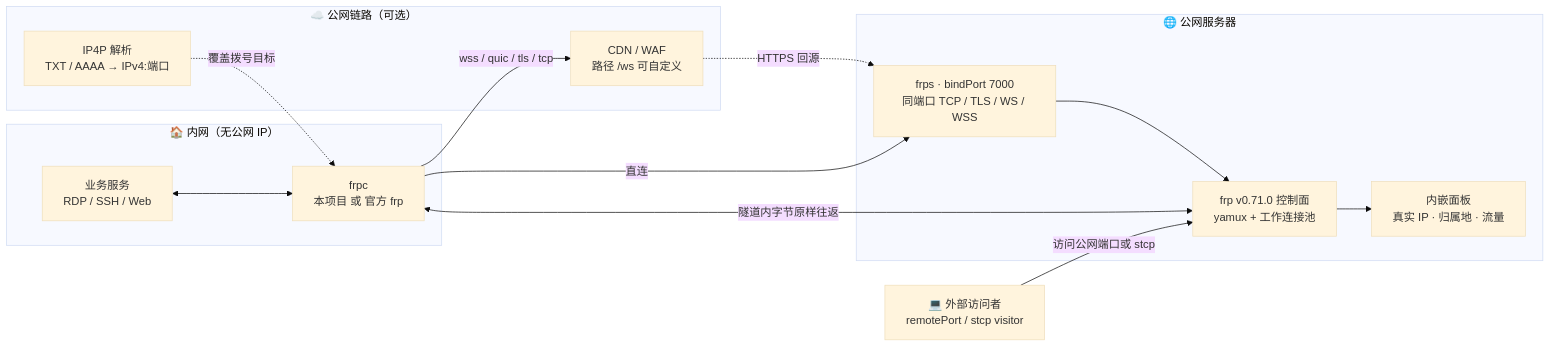
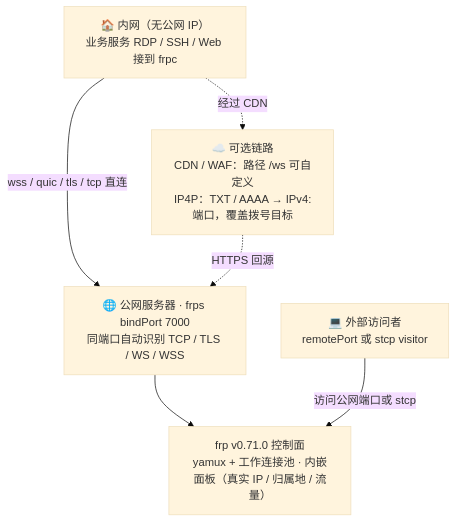
One commit to wengjing086/rust-frp-wss-ip4p changed the first of 3 diagrams in README.md. Above: the diagram before and after it, drawn with Mermaid (base theme). The commit also changed other lines of this file, not shown here.

Commit message:
docs(readme): 横版流程图改纵向，避免 GitHub 按宽度缩放导致字太小

````diff
--- a/README.md
+++ b/README.md
@@ -15,27 +15,14 @@
 ```mermaid
-flowchart LR
-  subgraph LAN["🏠 内网（无公网 IP）"]
-    APP["业务服务<br/>RDP / SSH / Web"]
-    FRPC["frpc<br/>本项目 或 官方 frp"]
-  end
-  subgraph EDGE["☁️ 公网链路（可选）"]
-    CDN["CDN / WAF<br/>路径 /ws 可自定义"]
-    IP4P["IP4P 解析<br/>TXT / AAAA → IPv4:端口"]
-  end
-  subgraph SRV["🌐 公网服务器"]
-    PORT["frps · bindPort 7000<br/>同端口 TCP / TLS / WS / WSS"]
-    CORE["frp v0.71.0 控制面<br/>yamux + 工作连接池"]
-    PANEL["内嵌面板<br/>真实 IP · 归属地 · 流量"]
-  end
-  USER["💻 外部访问者<br/>remotePort / stcp visitor"]
+flowchart TB
+  LAN["🏠 内网（无公网 IP）<br/>业务服务 RDP / SSH / Web 接到 frpc"]
+  EDGE["☁️ 可选链路<br/>CDN / WAF：路径 /ws 可自定义<br/>IP4P：TXT / AAAA → IPv4:端口，覆盖拨号目标"]
+  SRV["🌐 公网服务器 · frps bindPort 7000<br/>同端口自动识别 TCP / TLS / WS / WSS"]
+  CORE["frp v0.71.0 控制面<br/>yamux + 工作连接池 · 内嵌面板（真实 IP / 归属地 / 流量）"]
+  USER["💻 外部访问者<br/>remotePort 或 stcp visitor"]
 
-  APP <--> FRPC
-  IP4P -.->|"覆盖拨号目标"| FRPC
-  FRPC -->|"wss / quic / tls / tcp"| CDN
-  FRPC -->|"直连"| PORT
-  CDN -.->|"HTTPS 回源"| PORT
-  PORT --> CORE
-  CORE --> PANEL
+  LAN -->|"wss / quic / tls / tcp 直连"| SRV
+  LAN -.->|"经过 CDN"| EDGE
+  EDGE -.->|"HTTPS 回源"| SRV
+  SRV --> CORE
   USER -->|"访问公网端口或 stcp"| CORE
-  CORE <-->|"隧道内字节原样往返"| FRPC
 ```
````
